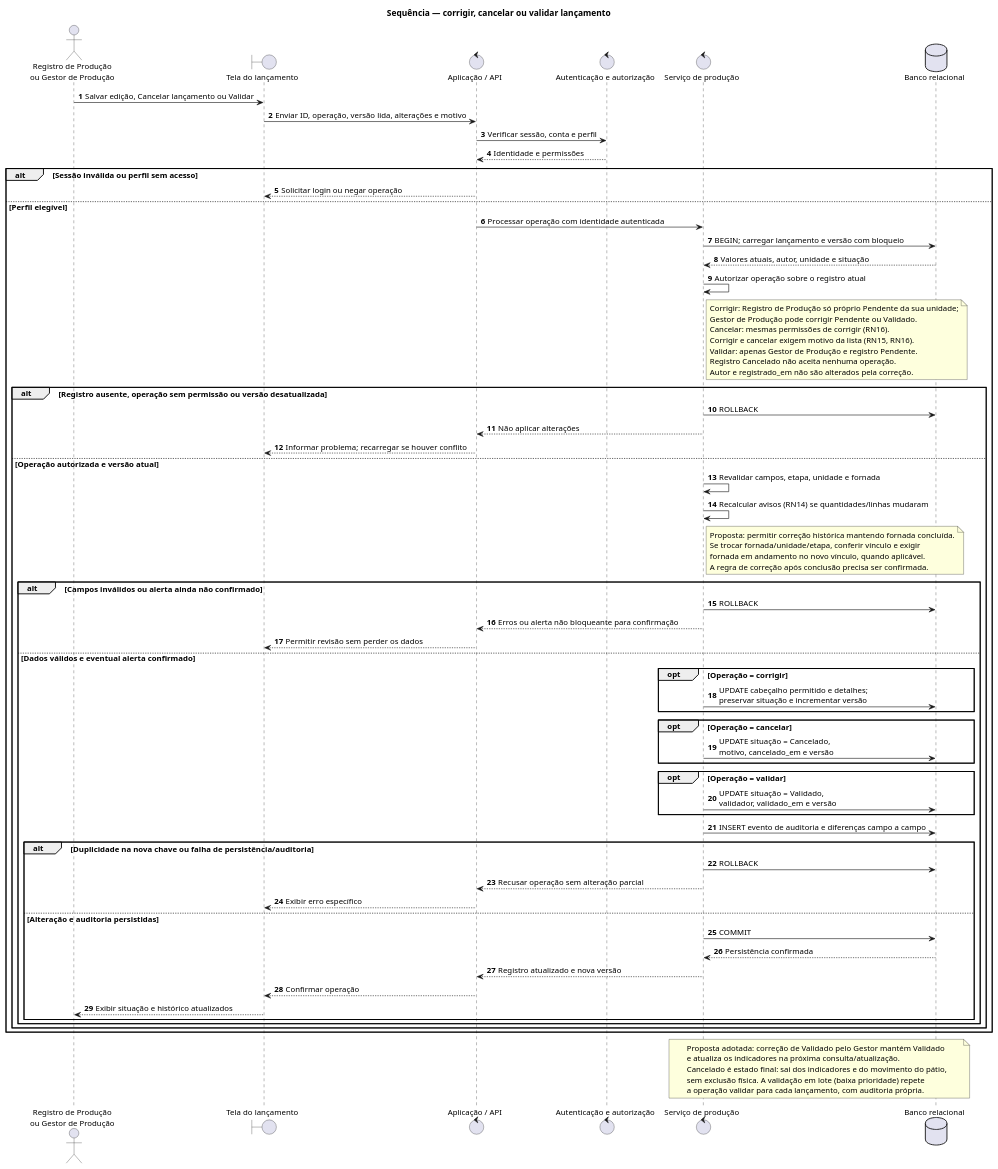
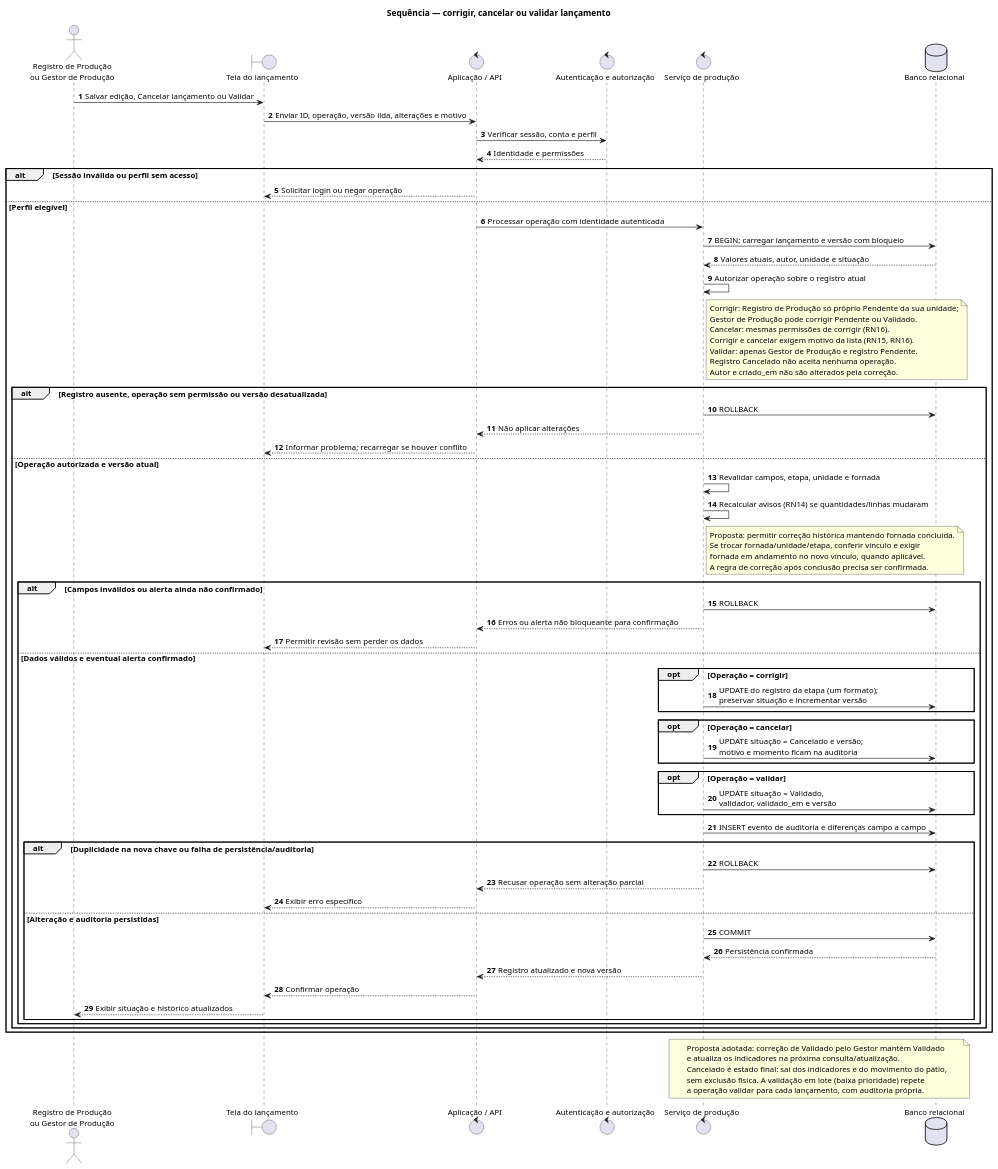
Before and after one commit to emilynerys/Projeto-Cer-mica-SOCRE: the diagram in docs/uml/05_sequencia_corrigir_validar.puml, drawn with PlantUML. The commit also changed 15 other files, not shown here.

First line of the commit message:
Separa Maromba, Enforna e Desenforna no modelo e nos diagramas

```diff
--- a/docs/uml/05_sequencia_corrigir_validar.puml
+++ b/docs/uml/05_sequencia_corrigir_validar.puml
@@ -1,85 +1,85 @@
 @startuml
 skinparam shadowing false
 skinparam defaultFontName Arial
 skinparam defaultFontSize 13
 autonumber
 title Sequência — corrigir, cancelar ou validar lançamento
 
 actor "Registro de Produção\nou Gestor de Produção" as Usuario
 boundary "Tela do lançamento" as Tela
 control "Aplicação / API" as API
 control "Autenticação e autorização" as Acesso
 control "Serviço de produção" as Producao
 database "Banco relacional" as BD
 
 Usuario -> Tela : Salvar edição, Cancelar lançamento ou Validar
 Tela -> API : Enviar ID, operação, versão lida, alterações e motivo
 API -> Acesso : Verificar sessão, conta e perfil
 Acesso --> API : Identidade e permissões
 alt Sessão inválida ou perfil sem acesso
   API --> Tela : Solicitar login ou negar operação
 else Perfil elegível
   API -> Producao : Processar operação com identidade autenticada
   Producao -> BD : BEGIN; carregar lançamento e versão com bloqueio
   BD --> Producao : Valores atuais, autor, unidade e situação
   Producao -> Producao : Autorizar operação sobre o registro atual
   note right of Producao
     Corrigir: Registro de Produção só próprio Pendente da sua unidade;
     Gestor de Produção pode corrigir Pendente ou Validado.
     Cancelar: mesmas permissões de corrigir (RN16).
     Corrigir e cancelar exigem motivo da lista (RN15, RN16).
     Validar: apenas Gestor de Produção e registro Pendente.
     Registro Cancelado não aceita nenhuma operação.
-    Autor e registrado_em não são alterados pela correção.
+    Autor e criado_em não são alterados pela correção.
   end note
   alt Registro ausente, operação sem permissão ou versão desatualizada
     Producao -> BD : ROLLBACK
     Producao --> API : Não aplicar alterações
     API --> Tela : Informar problema; recarregar se houver conflito
   else Operação autorizada e versão atual
     Producao -> Producao : Revalidar campos, etapa, unidade e fornada
     Producao -> Producao : Recalcular avisos (RN14) se quantidades/linhas mudaram
     note right of Producao
       Proposta: permitir correção histórica mantendo fornada concluída.
       Se trocar fornada/unidade/etapa, conferir vínculo e exigir
       fornada em andamento no novo vínculo, quando aplicável.
       A regra de correção após conclusão precisa ser confirmada.
     end note
     alt Campos inválidos ou alerta ainda não confirmado
       Producao -> BD : ROLLBACK
       Producao --> API : Erros ou alerta não bloqueante para confirmação
       API --> Tela : Permitir revisão sem perder os dados
     else Dados válidos e eventual alerta confirmado
       opt Operação = corrigir
-        Producao -> BD : UPDATE cabeçalho permitido e detalhes;\npreservar situação e incrementar versão
+        Producao -> BD : UPDATE do registro da etapa (um formato);\npreservar situação e incrementar versão
       end
       opt Operação = cancelar
-        Producao -> BD : UPDATE situação = Cancelado,\nmotivo, cancelado_em e versão
+        Producao -> BD : UPDATE situação = Cancelado e versão;\nmotivo e momento ficam na auditoria
       end
       opt Operação = validar
         Producao -> BD : UPDATE situação = Validado,\nvalidador, validado_em e versão
       end
       Producao -> BD : INSERT evento de auditoria e diferenças campo a campo
       alt Duplicidade na nova chave ou falha de persistência/auditoria
         Producao -> BD : ROLLBACK
         Producao --> API : Recusar operação sem alteração parcial
         API --> Tela : Exibir erro específico
       else Alteração e auditoria persistidas
         Producao -> BD : COMMIT
         BD --> Producao : Persistência confirmada
         Producao --> API : Registro atualizado e nova versão
         API --> Tela : Confirmar operação
         Tela --> Usuario : Exibir situação e histórico atualizados
       end
     end
   end
 end
 
 note over Producao, BD
   Proposta adotada: correção de Validado pelo Gestor mantém Validado
   e atualiza os indicadores na próxima consulta/atualização.
   Cancelado é estado final: sai dos indicadores e do movimento do pátio,
   sem exclusão física. A validação em lote (baixa prioridade) repete
   a operação validar para cada lançamento, com auditoria própria.
 end note
 @enduml
```
